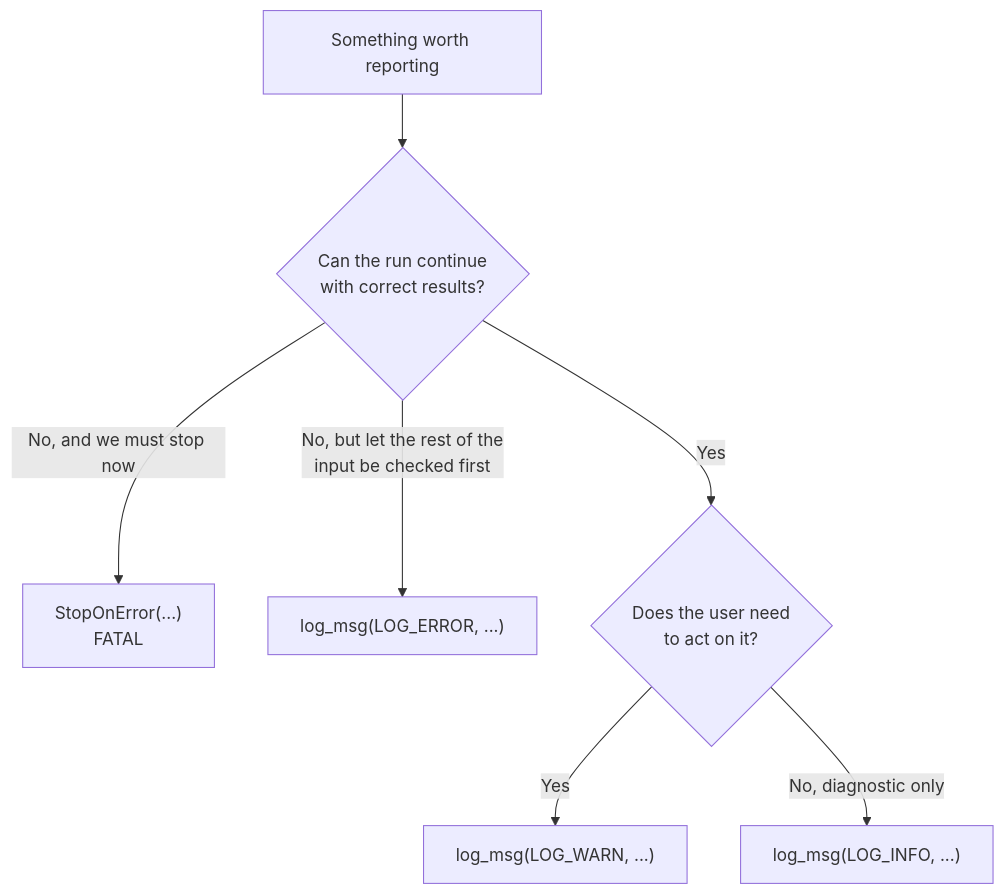
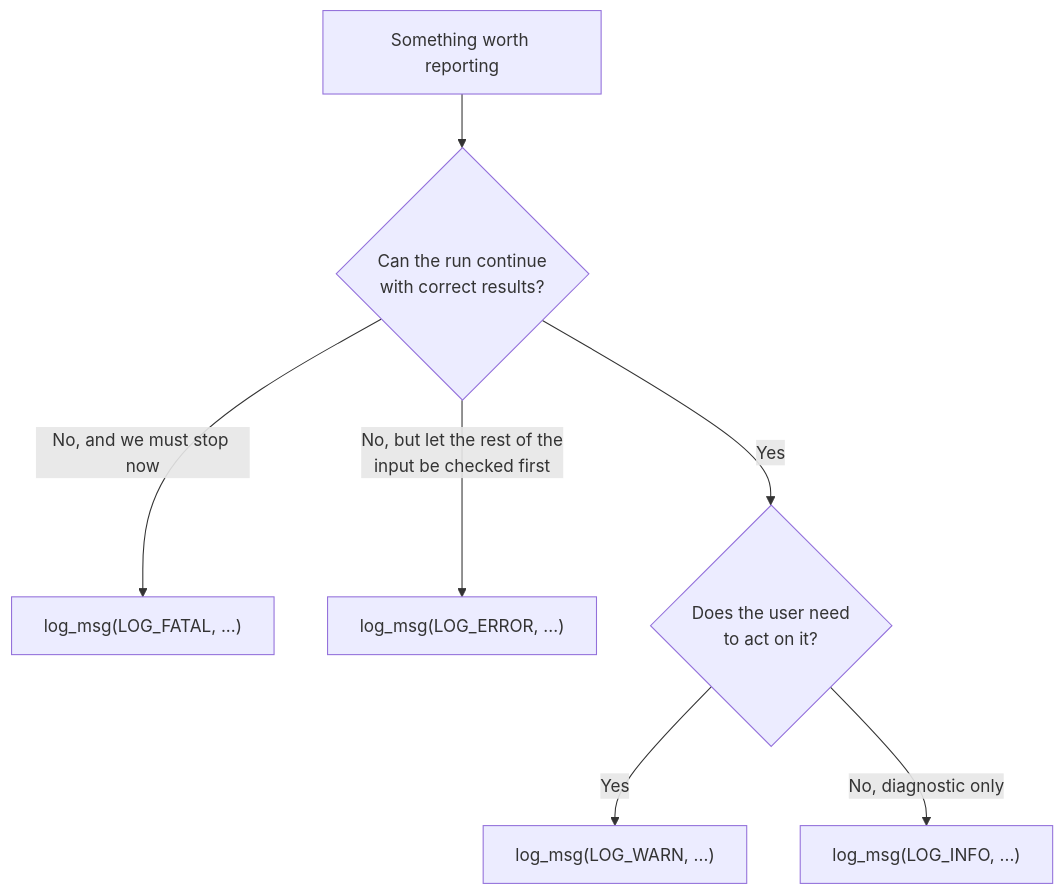
Before and after one commit to OpenSEMBA/fdtd: the first of 3 diagrams in doc/logging.md, drawn with Mermaid. The commit also changed other lines of this file and 1 other file, not shown here.

Commit message:
FDTD | docs | ELEMDEV-80 | Document LOG_FATAL and set_log_rank in logging guide and AGENTS

````diff
--- a/doc/logging.md
+++ b/doc/logging.md
@@ -37,9 +38,9 @@
 ```mermaid
 flowchart TD
     A[Something worth reporting] --> B{Can the run continue<br/>with correct results?}
-    B -- "No, and we must stop now" --> F["StopOnError(...)<br/>FATAL"]
+    B -- "No, and we must stop now" --> F["log_msg(LOG_FATAL, ...)"]
     B -- "No, but let the rest of the<br/>input be checked first" --> E["log_msg(LOG_ERROR, ...)"]
     B -- Yes --> C{Does the user need<br/>to act on it?}
     C -- Yes --> W["log_msg(LOG_WARN, ...)"]
     C -- "No, diagnostic only" --> I["log_msg(LOG_INFO, ...)"]
 ```
````
